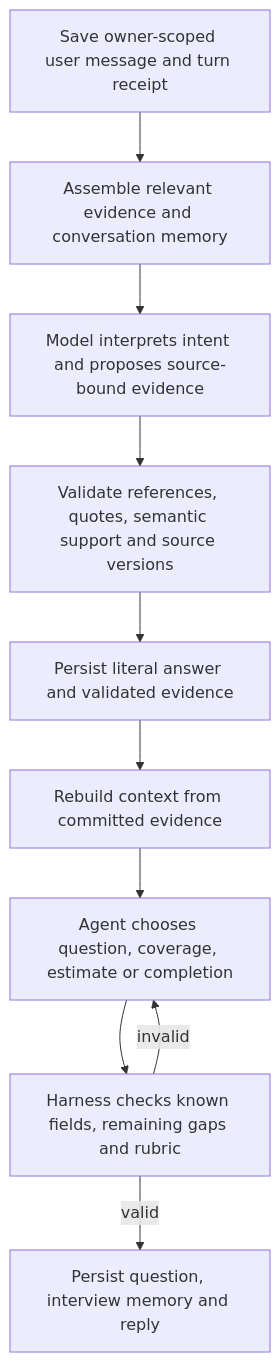
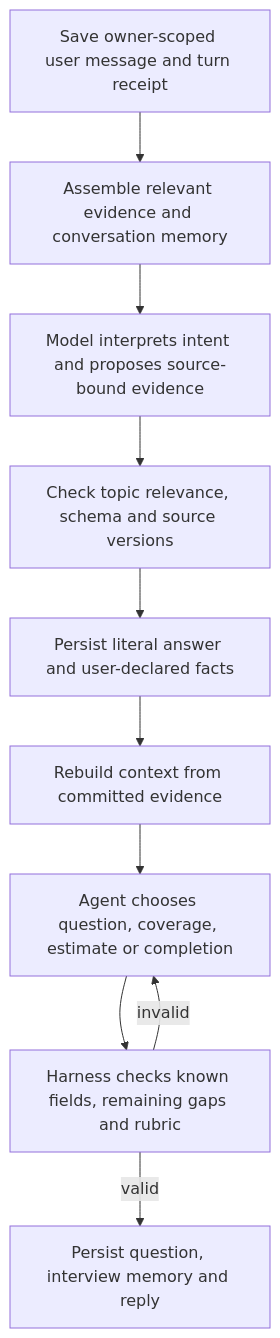
One commit to bryan034/coachify changed the diagram in services/cv-service/INTERVIEW.md. Above: the diagram before and after it, drawn with Mermaid. The commit also changed other lines of this file and 163 other files, not shown here.

Commit message:
added roadmap

````diff
--- a/services/cv-service/INTERVIEW.md
+++ b/services/cv-service/INTERVIEW.md
@@ -11,12 +13,12 @@
 ```mermaid
 flowchart TD
     A[Save owner-scoped user message and turn receipt] --> B[Assemble relevant evidence and conversation memory]
     B --> C[Model interprets intent and proposes source-bound evidence]
-    C --> D[Validate references, quotes, semantic support and source versions]
-    D --> E[Persist literal answer and validated evidence]
+    C --> D[Check topic relevance, schema and source versions]
+    D --> E[Persist literal answer and user-declared facts]
     E --> F[Rebuild context from committed evidence]
     F --> G[Agent chooses question, coverage, estimate or completion]
     G --> H[Harness checks known fields, remaining gaps and rubric]
     H -->|valid| I[Persist question, interview memory and reply]
     H -->|invalid| G
 ```
````
